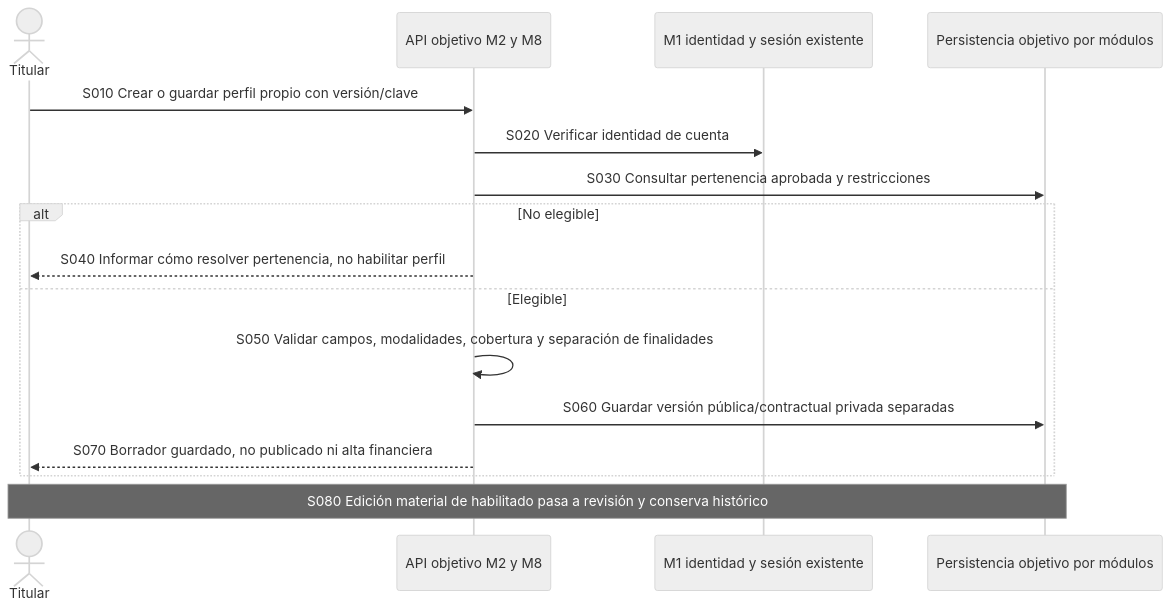
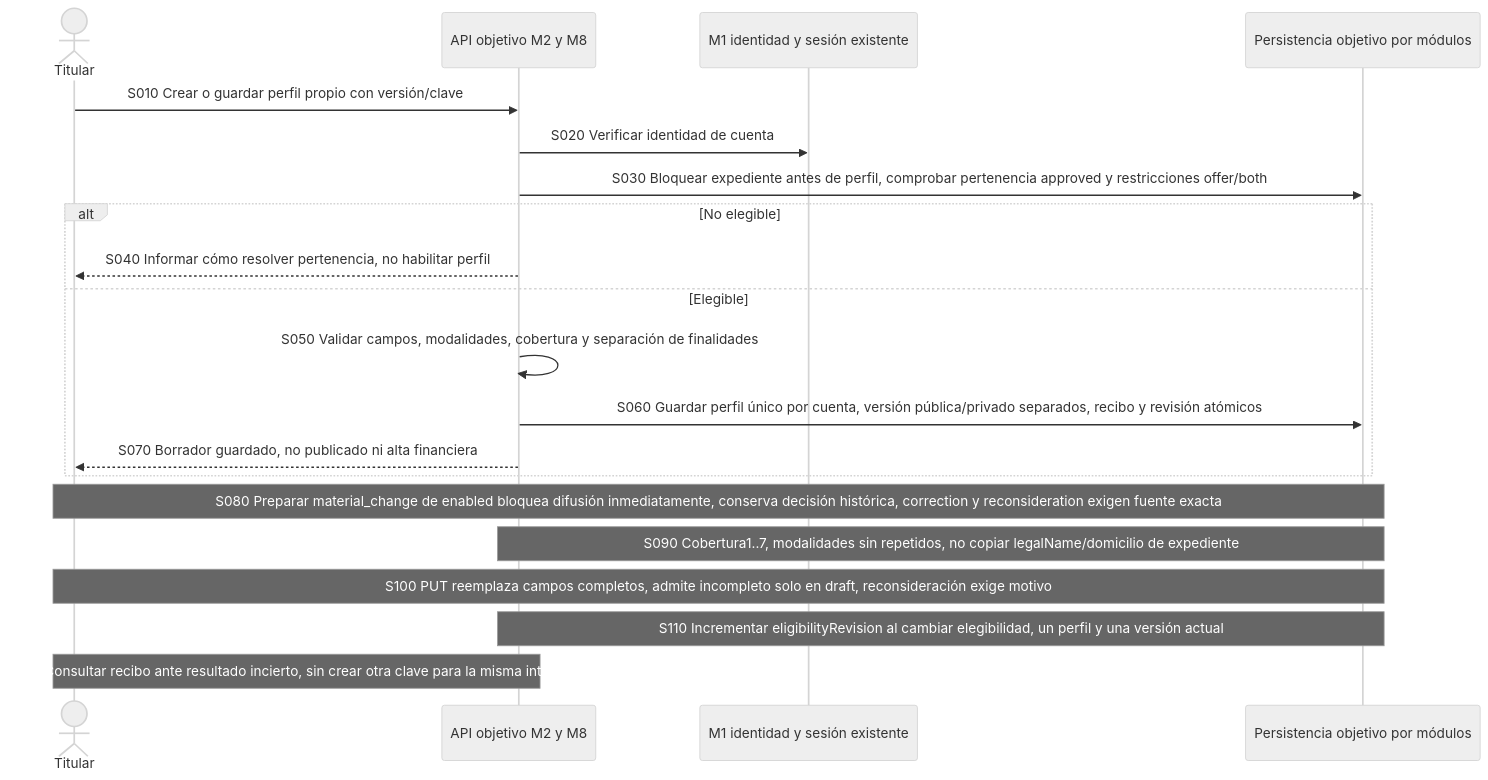
Before and after one commit to AndresRaRi/marleva: the diagram in marleva-local/repositorio/docs/diagramas/secuencia/M2/MAR-M2-SEQ-007.mmd, drawn with Mermaid (neutral theme). The commit also changed 48 other files, not shown here.

```diff
--- a/marleva-local/repositorio/docs/diagramas/secuencia/M2/MAR-M2-SEQ-007.mmd
+++ b/marleva-local/repositorio/docs/diagramas/secuencia/M2/MAR-M2-SEQ-007.mmd
@@ -1,18 +1,22 @@
 %% MAR-M2-SEQ-007: Crear y editar perfil comercial
 %% 15-10-2026. Objetivo documental. Sin API o implementación acreditadas.
 sequenceDiagram
 actor T as Titular
 participant A as API objetivo M2 y M8
 participant I as M1 identidad y sesión existente
 participant D as Persistencia objetivo por módulos
 T->>A: S010 Crear o guardar perfil propio con versión/clave
 A->>I: S020 Verificar identidad de cuenta
-A->>D: S030 Consultar pertenencia aprobada y restricciones
+A->>D: S030 Bloquear expediente antes de perfil, comprobar pertenencia approved y restricciones offer/both
 alt No elegible
  A-->>T: S040 Informar cómo resolver pertenencia, no habilitar perfil
 else Elegible
  A->>A: S050 Validar campos, modalidades, cobertura y separación de finalidades
- A->>D: S060 Guardar versión pública/contractual privada separadas
+ A->>D: S060 Guardar perfil único por cuenta, versión pública/privado separados, recibo y revisión atómicos
  A-->>T: S070 Borrador guardado, no publicado ni alta financiera
 end
-Note over T,D: S080 Edición material de habilitado pasa a revisión y conserva histórico
+Note over T,D: S080 Preparar material_change de enabled bloquea difusión inmediatamente, conserva decisión histórica, correction y reconsideration exigen fuente exacta
+Note over A,D: S090 Cobertura1..7, modalidades sin repetidos, no copiar legalName/domicilio de expediente
+Note over T,D: S100 PUT reemplaza campos completos, admite incompleto solo en draft, reconsideración exige motivo
+Note over A,D: S110 Incrementar eligibilityRevision al cambiar elegibilidad, un perfil y una versión actual
+Note over T,A: S120 Consultar recibo ante resultado incierto, sin crear otra clave para la misma intención
```
